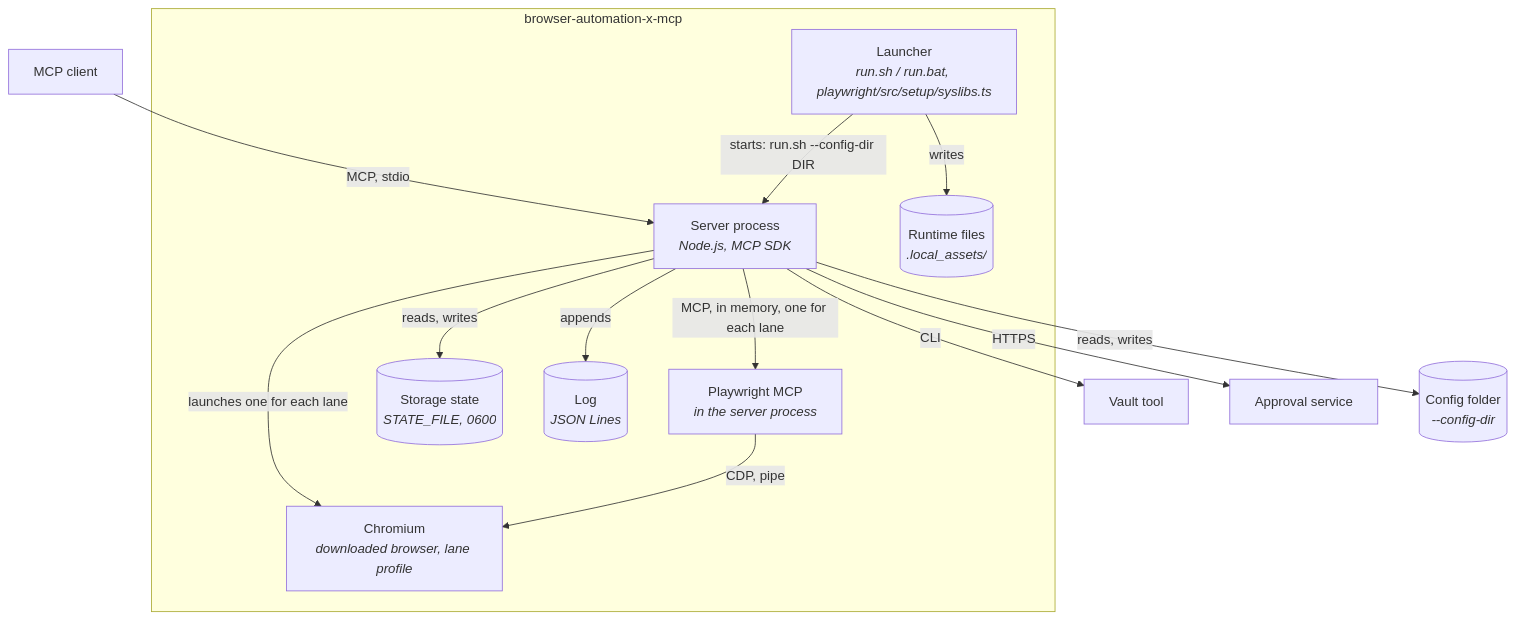
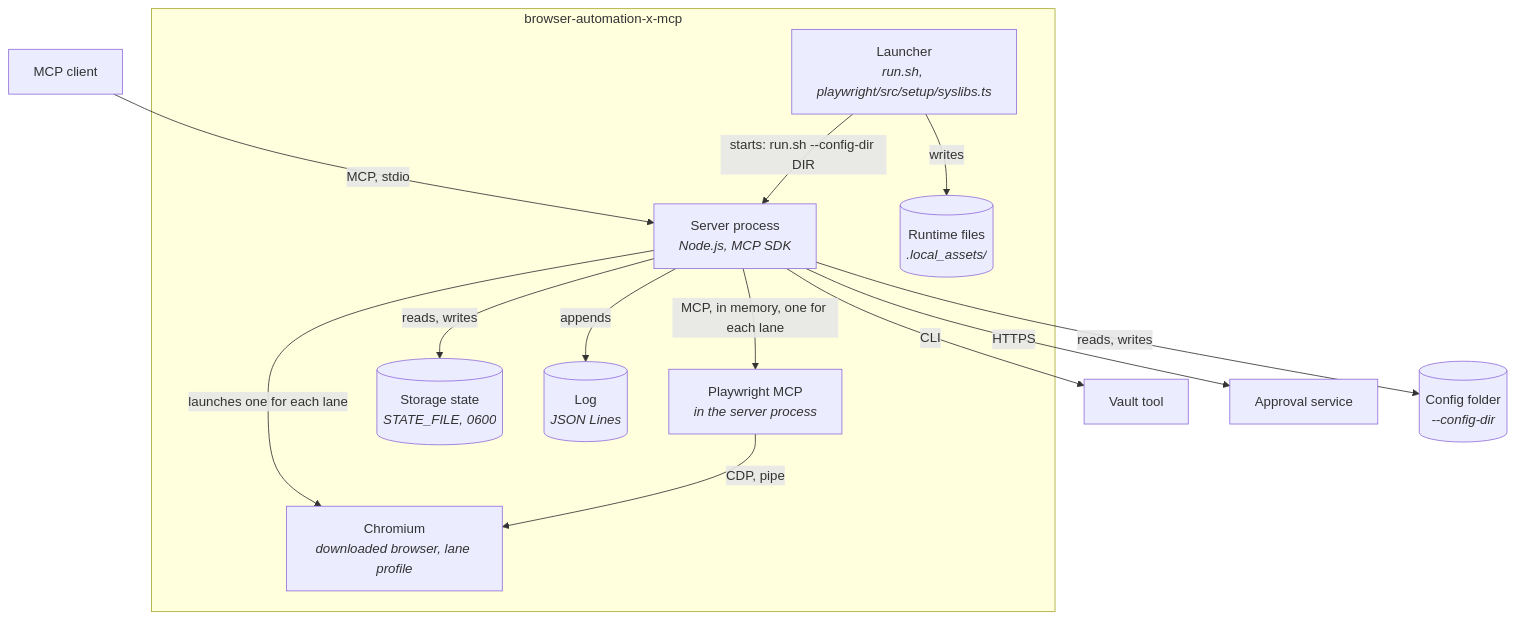
One commit to npstash/shared changed the second of 8 diagrams in tools/browser-automation-x-mcp/sdd/DESIGN.md. Above: the diagram before and after it, drawn with Mermaid. The commit also changed other lines of this file and 41 other files, not shown here.

````diff
--- a/tools/browser-automation-x-mcp/sdd/DESIGN.md
+++ b/tools/browser-automation-x-mcp/sdd/DESIGN.md
@@ -67,16 +67,16 @@
 ```mermaid
 flowchart TD
     C[MCP client] -->|MCP, stdio| F
     subgraph S[browser-automation-x-mcp]
-        L[Launcher<br/><i>run.sh / run.bat, playwright/src/setup/syslibs.ts</i>] -->|starts: run.sh --config-dir DIR| F[Server process<br/><i>Node.js, MCP SDK</i>]
+        L[Launcher<br/><i>run.sh, playwright/src/setup/syslibs.ts</i>] -->|starts: run.sh --config-dir DIR| F[Server process<br/><i>Node.js, MCP SDK</i>]
         F -->|MCP, in memory, one for each lane| M[Playwright MCP<br/><i>in the server process</i>]
         F -->|launches one for each lane| B[Chromium<br/><i>downloaded browser, lane profile</i>]
         M -->|CDP, pipe| B
         F -->|reads, writes| ST[(Storage state<br/><i>STATE_FILE, 0600</i>)]
         F -->|appends| G[(Log<br/><i>JSON Lines</i>)]
         L -->|writes| R[(Runtime files<br/><i>.local_assets/</i>)]
     end
     F -->|CLI| V[Vault tool]
     F -->|HTTPS| AS[Approval service]
     F -->|reads, writes| K[(Config folder<br/><i>--config-dir</i>)]
 ```
````
